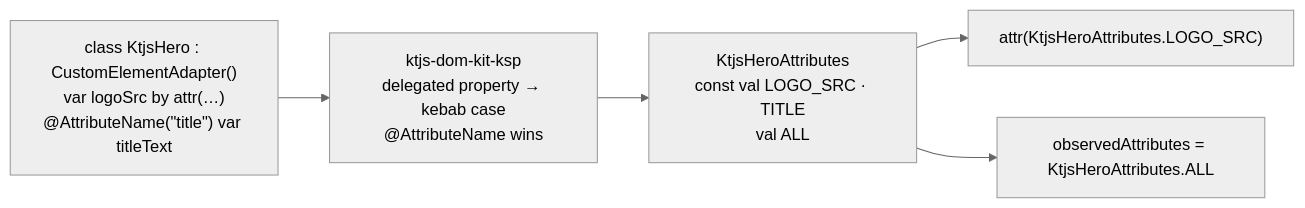
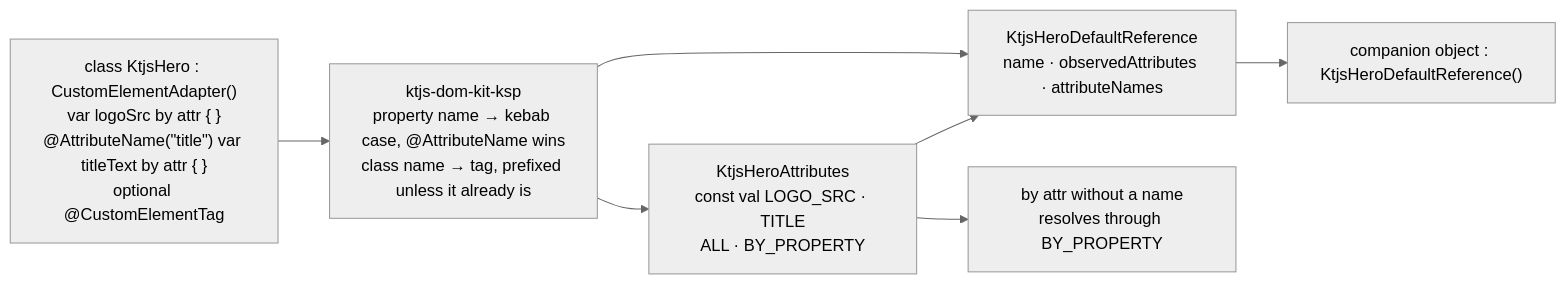
The first of 2 diagrams in docs/src/jsMain/resources/docs/dom-kit/custom-elements.md (shijianjs/ktjs-dom-kit), drawn with Mermaid (neutral theme) before and after one commit. The commit also changed other lines of this file and 26 other files, not shown here.

````diff
--- a/docs/src/jsMain/resources/docs/dom-kit/custom-elements.md
+++ b/docs/src/jsMain/resources/docs/dom-kit/custom-elements.md
@@ -88,8 +78,10 @@
 ```mermaid
 flowchart LR
-  SRC["class KtjsHero : CustomElementAdapter()<br/>var logoSrc by attr(…)<br/>@AttributeName(&quot;title&quot;) var titleText"]
-  SRC --> KSP["ktjs-dom-kit-ksp<br/>delegated property → kebab case<br/>@AttributeName wins"]
-  KSP --> GEN["KtjsHeroAttributes<br/>const val LOGO_SRC · TITLE<br/>val ALL"]
-  GEN --> ATTR["attr(KtjsHeroAttributes.LOGO_SRC)"]
-  GEN --> OBS["observedAttributes = KtjsHeroAttributes.ALL"]
+  SRC["class KtjsHero : CustomElementAdapter()<br/>var logoSrc by attr { }<br/>@AttributeName(&quot;title&quot;) var titleText by attr { }<br/>optional @CustomElementTag"]
+  SRC --> KSP["ktjs-dom-kit-ksp<br/>property name → kebab case, @AttributeName wins<br/>class name → tag, prefixed unless it already is"]
+  KSP --> ATTRS["KtjsHeroAttributes<br/>const val LOGO_SRC · TITLE<br/>ALL · BY_PROPERTY"]
+  KSP --> REF["KtjsHeroDefaultReference<br/>name · observedAttributes · attributeNames"]
+  ATTRS --> REF
+  REF --> COMP["companion object : KtjsHeroDefaultReference()"]
+  ATTRS --> LOOKUP["by attr without a name<br/>resolves through BY_PROPERTY"]
 ```
````
